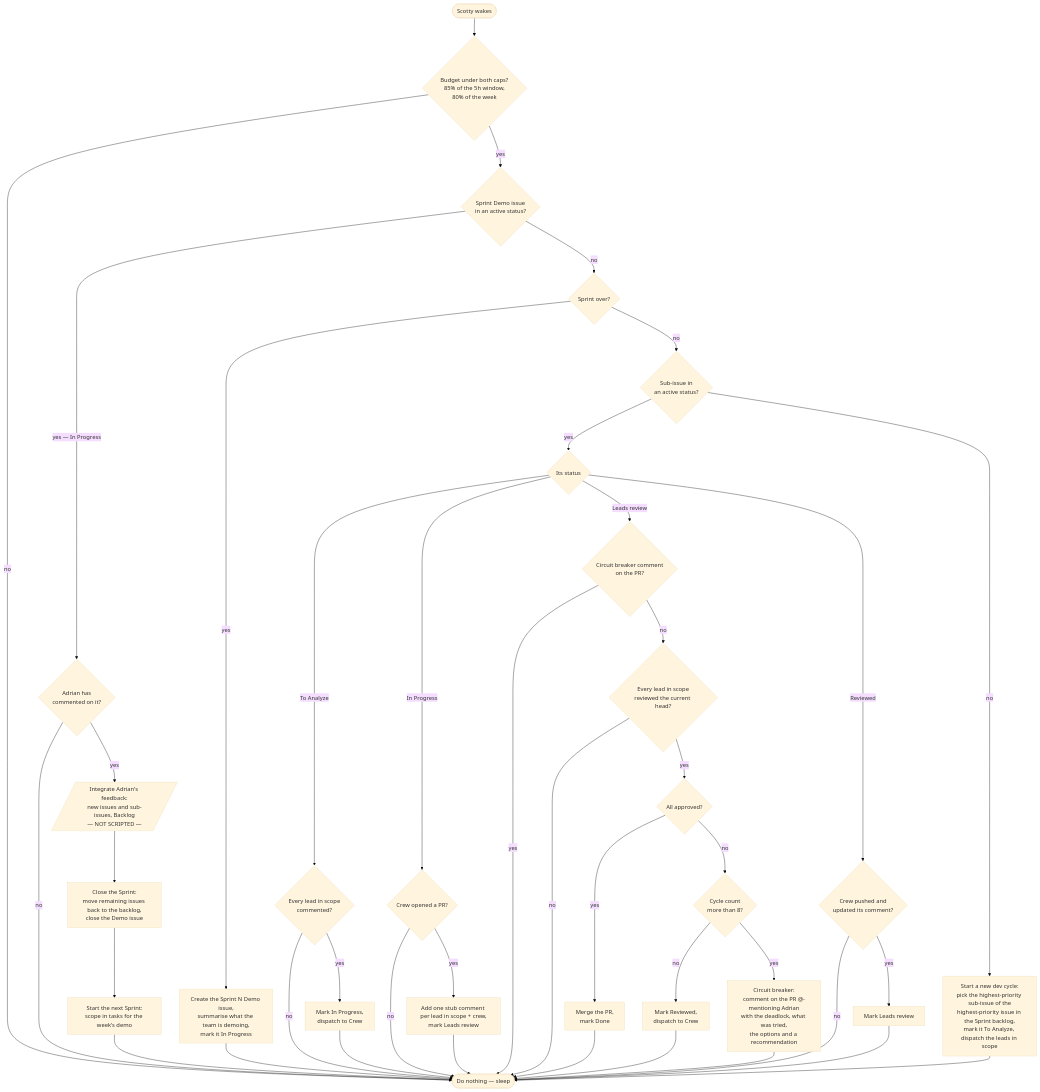
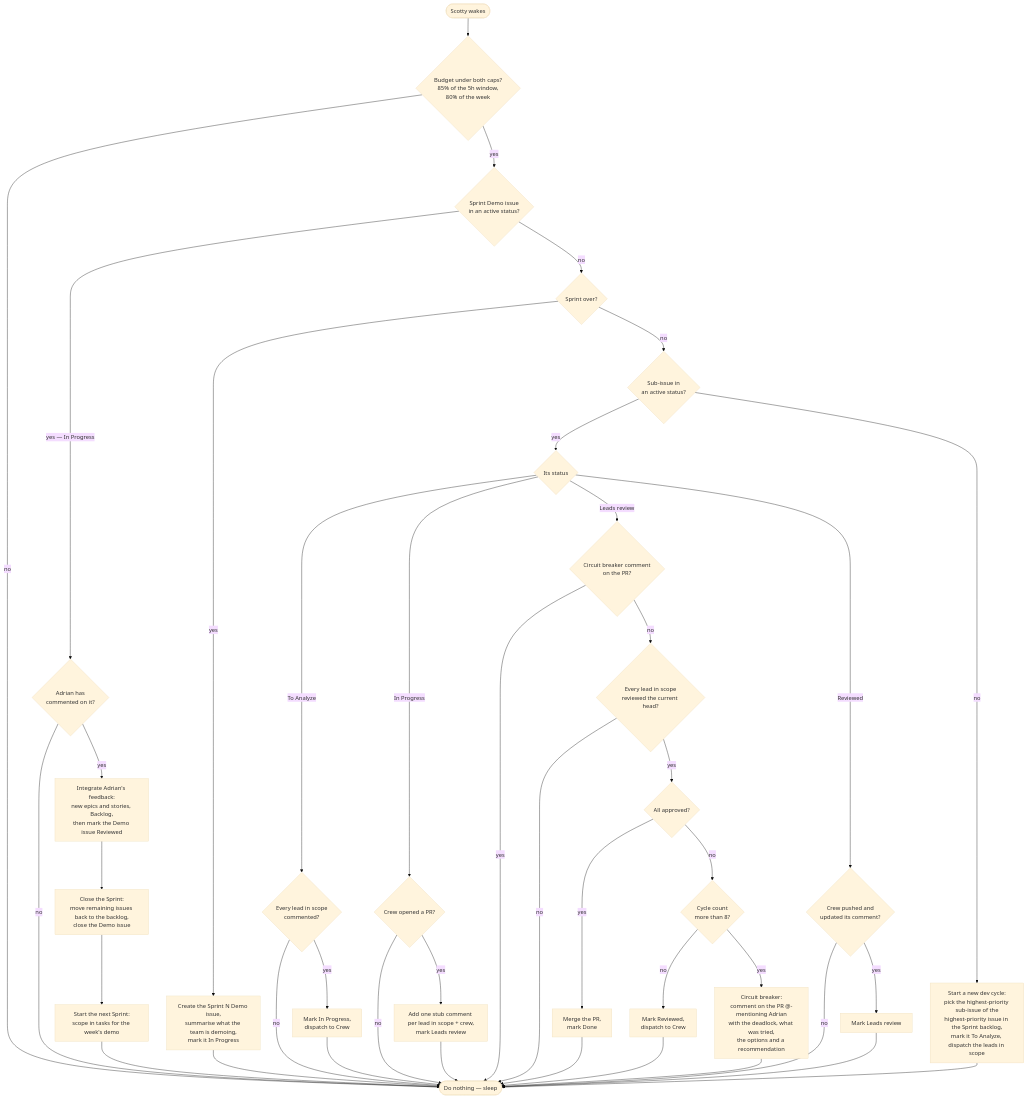
Before and after one commit to Abaudat/browser-city: the diagram in agentic-team/high-level-agentic-flow.mmd, drawn with Mermaid (base theme). The commit also changed 12 other files, not shown here.

```diff
--- a/agentic-team/high-level-agentic-flow.mmd
+++ b/agentic-team/high-level-agentic-flow.mmd
@@ -1,50 +1,50 @@
 flowchart TD
     wake(["Scotty wakes"])
     sleep(["Do nothing — sleep"])
 
     wake --> budget-available{"Budget under both caps?<br/>85% of the 5h window,<br/>80% of the week"}
     budget-available -->|no| sleep
     budget-available -->|yes| demo-active{"Sprint Demo issue<br/>in an active status?"}
 
     %% ---------- Sprint Demo ----------
     demo-active -->|"yes — In Progress"| demo-has-feedback{"Adrian has<br/>commented on it?"}
     demo-has-feedback -->|no| sleep
-    demo-has-feedback -->|yes| integrating-feedback[/"Integrate Adrian's feedback:<br/>new issues and sub-issues, Backlog<br/>— NOT SCRIPTED —"/]
+    demo-has-feedback -->|yes| integrating-feedback["Integrate Adrian's feedback:<br/>new epics and stories, Backlog,<br/>then mark the Demo issue Reviewed"]
     integrating-feedback --> closing-sprint["Close the Sprint:<br/>move remaining issues back to the backlog,<br/>close the Demo issue"]
     closing-sprint --> starting-next-sprint["Start the next Sprint:<br/>scope in tasks for the week's demo"]
     starting-next-sprint --> sleep
 
     %% ---------- Demo due ----------
     demo-active -->|no| sprint-over{"Sprint over?"}
     sprint-over -->|yes| creating-demo-issue["Create the Sprint N Demo issue,<br/>summarise what the team is demoing,<br/>mark it In Progress"]
     creating-demo-issue --> sleep
 
     %% ---------- Sub-issue ----------
     sprint-over -->|no| subissue-active{"Sub-issue in<br/>an active status?"}
     subissue-active -->|yes| subissue-status{"Its status"}
 
     subissue-status -->|"To Analyze"| leads-analysed{"Every lead in scope<br/>commented?"}
     leads-analysed -->|no| sleep
     leads-analysed -->|yes| dispatching-implementation["Mark In Progress,<br/>dispatch to Crew"] --> sleep
 
     subissue-status -->|"In Progress"| pr-opened{"Crew opened a PR?"}
     pr-opened -->|no| sleep
     pr-opened -->|yes| opening-leads-review["Add one stub comment per lead in scope + crew,<br/>mark Leads review"] --> sleep
 
     subissue-status -->|"Leads review"| breaker-tripped{"Circuit breaker comment<br/>on the PR?"}
     breaker-tripped -->|yes| sleep
     breaker-tripped -->|no| leads-reviewed-head{"Every lead in scope<br/>reviewed the current head?"}
     leads-reviewed-head -->|no| sleep
     leads-reviewed-head -->|yes| leads-all-approved{"All approved?"}
     leads-all-approved -->|yes| merging-pr["Merge the PR,<br/>mark Done"] --> sleep
     leads-all-approved -->|no| cycles-exhausted{"Cycle count<br/>more than 8?"}
     cycles-exhausted -->|no| dispatching-rework["Mark Reviewed,<br/>dispatch to Crew"] --> sleep
     cycles-exhausted -->|yes| tripping-breaker["Circuit breaker:<br/>comment on the PR @-mentioning Adrian<br/>with the deadlock, what was tried,<br/>the options and a recommendation"] --> sleep
 
     subissue-status -->|"Reviewed"| crew-addressed{"Crew pushed and<br/>updated its comment?"}
     crew-addressed -->|no| sleep
     crew-addressed -->|yes| reopening-leads-review["Mark Leads review"] --> sleep
 
     %% ---------- New dev cycle ----------
     subissue-active -->|no| starting-dev-cycle["Start a new dev cycle:<br/>pick the highest-priority sub-issue of the<br/>highest-priority issue in the Sprint backlog,<br/>mark it To Analyze, dispatch the leads in scope"]
     starting-dev-cycle --> sleep
```
